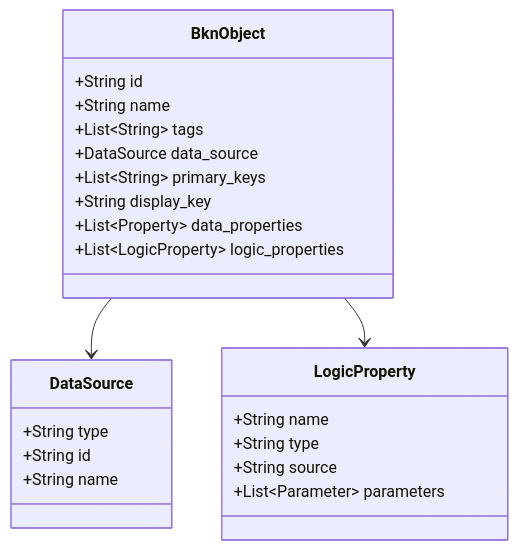
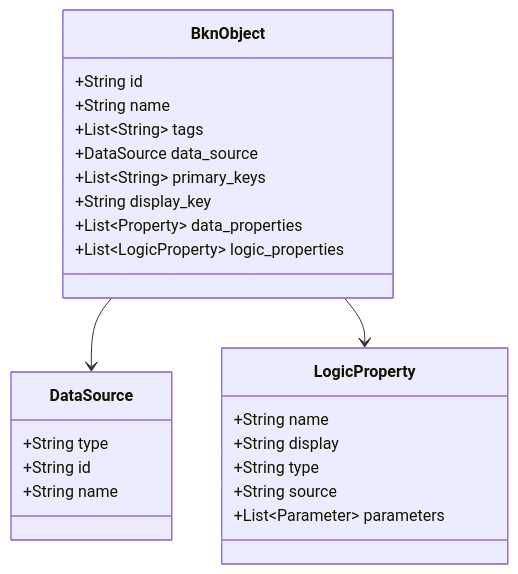
One commit to hhthxt/bkn-specification changed the third of 6 diagrams in docs/ARCHITECTURE.md. Above: the diagram before and after it, drawn with Mermaid. The commit also changed other lines of this file and 3 other files, not shown here.

````diff
--- a/docs/ARCHITECTURE.md
+++ b/docs/ARCHITECTURE.md
@@ -96,29 +99,30 @@
 ```mermaid
 classDiagram
     class BknObject {
         +String id
         +String name
         +List~String~ tags
         +DataSource data_source
         +List~String~ primary_keys
         +String display_key
         +List~Property~ data_properties
         +List~LogicProperty~ logic_properties
     }
-    
+
     class DataSource {
         +String type
         +String id
         +String name
     }
-    
+
     class LogicProperty {
         +String name
+        +String display
         +String type
         +String source
         +List~Parameter~ parameters
     }
-    
+
     BknObject --> DataSource
     BknObject --> LogicProperty
 ```
````
